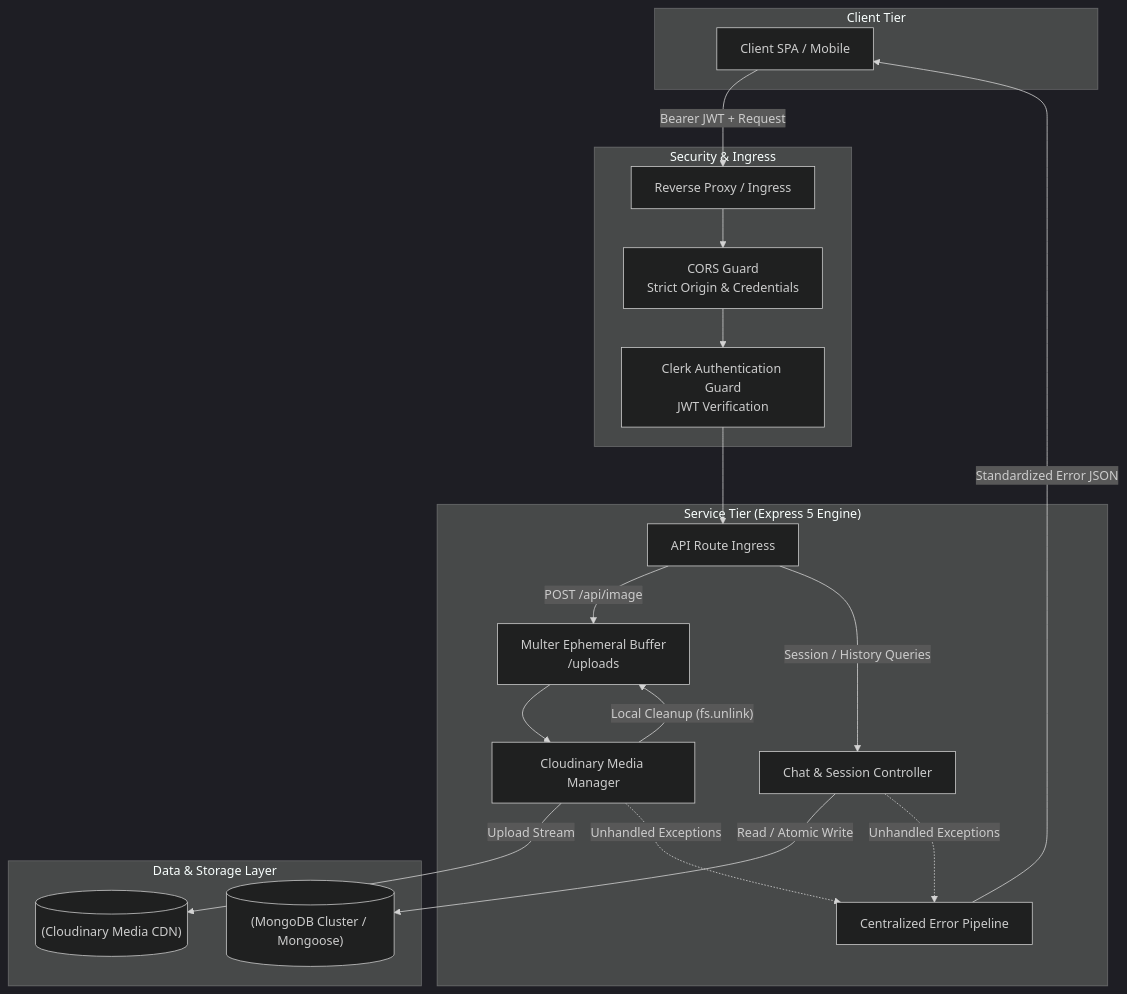
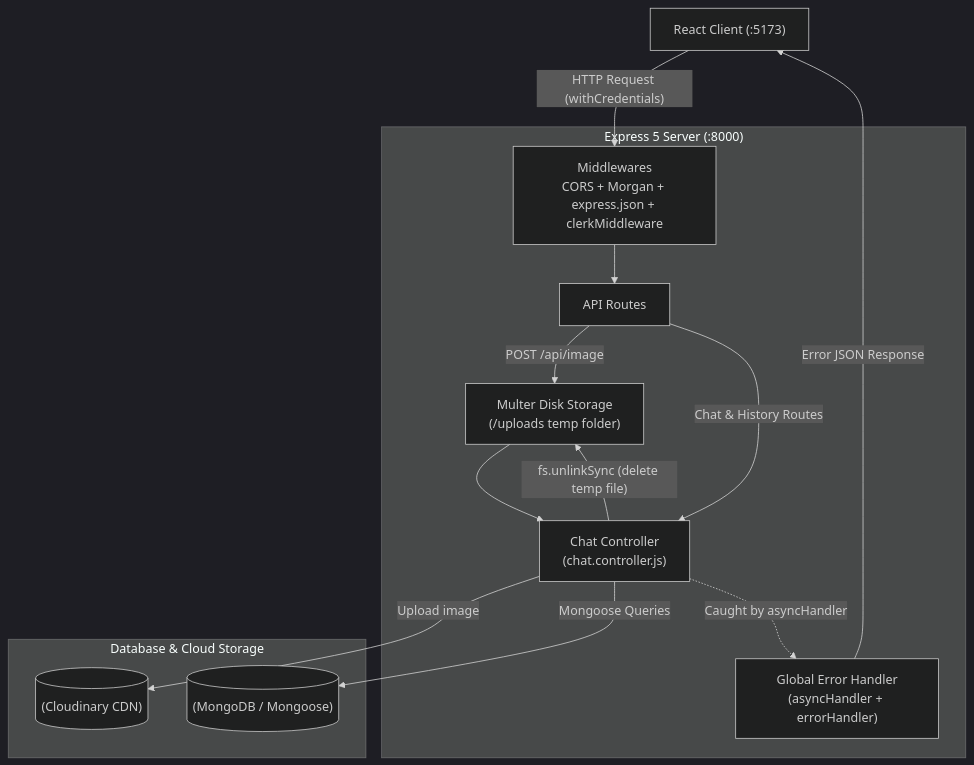
One commit to Nasif284/Manga.ai_chat_bot changed the first of 2 diagrams in Api/README.md. Above: the diagram before and after it, drawn with Mermaid (dark theme). The commit also changed other lines of this file and 3 other files, not shown here.

````diff
--- a/Api/README.md
+++ b/Api/README.md
@@ -11,42 +9,31 @@
 ```mermaid
 flowchart TD
-    subgraph ClientTier ["Client Tier"]
-        Client["Client SPA / Mobile"]
+    Client["React Client (:5173)"]
+
+    subgraph ExpressApp ["Express 5 Server (:8000)"]
+        Middleware["Middlewares\nCORS + Morgan + express.json + clerkMiddleware"]
+        Router["API Routes"]
+        Multer["Multer Disk Storage\n(/uploads temp folder)"]
+        Controller["Chat Controller\n(chat.controller.js)"]
+        ErrorHandler["Global Error Handler\n(asyncHandler + errorHandler)"]
     end
 
-    subgraph SecurityIngress ["Security & Ingress"]
-        LB["Reverse Proxy / Ingress"]
-        CORS["CORS Guard\nStrict Origin & Credentials"]
-        ClerkMW["Clerk Authentication Guard\nJWT Verification"]
+    subgraph ExternalServices ["Database & Cloud Storage"]
+        MongoDB[("(MongoDB / Mongoose)")]
+        Cloudinary[("(Cloudinary CDN)")]
     end
 
-    subgraph ServiceTier ["Service Tier (Express 5 Engine)"]
-        Router["API Route Ingress"]
-        MulterPipe["Multer Ephemeral Buffer\n/uploads"]
-        ChatCtrl["Chat & Session Controller"]
-        MediaCtrl["Cloudinary Media Manager"]
-        ErrMW["Centralized Error Pipeline"]
-    end
+    Client -->|"HTTP Request (withCredentials)"| Middleware
+    Middleware --> Router
 
-    subgraph DataStorage ["Data & Storage Layer"]
-        Mongo[("(MongoDB Cluster / Mongoose)")]
-        CDN[("(Cloudinary Media CDN)")]
-    end
+    Router -->|"POST /api/image"| Multer
+    Multer --> Controller
+    Controller -->|"Upload image"| Cloudinary
+    Controller -->|"fs.unlinkSync (delete temp file)"| Multer
 
-    Client -->|"Bearer JWT + Request"| LB
-    LB --> CORS
-    CORS --> ClerkMW
-    ClerkMW --> Router
+    Router -->|"Chat & History Routes"| Controller
+    Controller -->|"Mongoose Queries"| MongoDB
 
-    Router -->|"POST /api/image"| MulterPipe
-    MulterPipe --> MediaCtrl
-    MediaCtrl -->|"Upload Stream"| CDN
-    MediaCtrl -->|"Local Cleanup (fs.unlink)"| MulterPipe
-
-    Router -->|"Session / History Queries"| ChatCtrl
-    ChatCtrl -->|"Read / Atomic Write"| Mongo
-
-    ChatCtrl -.->|"Unhandled Exceptions"| ErrMW
-    MediaCtrl -.->|"Unhandled Exceptions"| ErrMW
-    ErrMW -->|"Standardized Error JSON"| Client
+    Controller -.->|"Caught by asyncHandler"| ErrorHandler
+    ErrorHandler -->|"Error JSON Response"| Client
 ```
````
